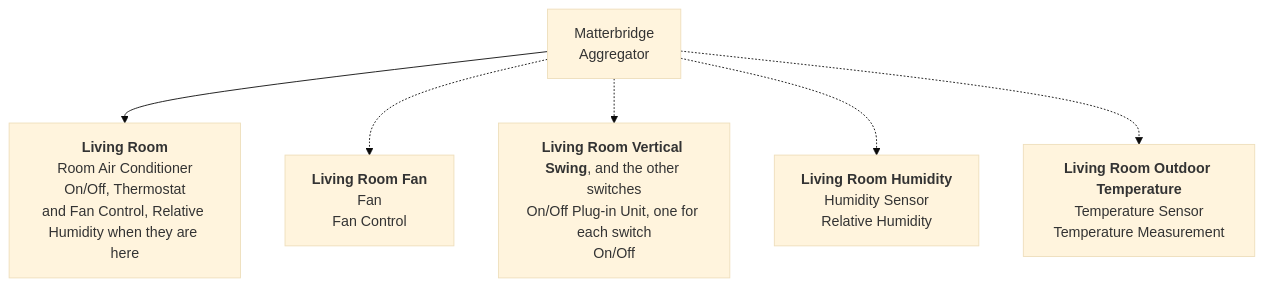
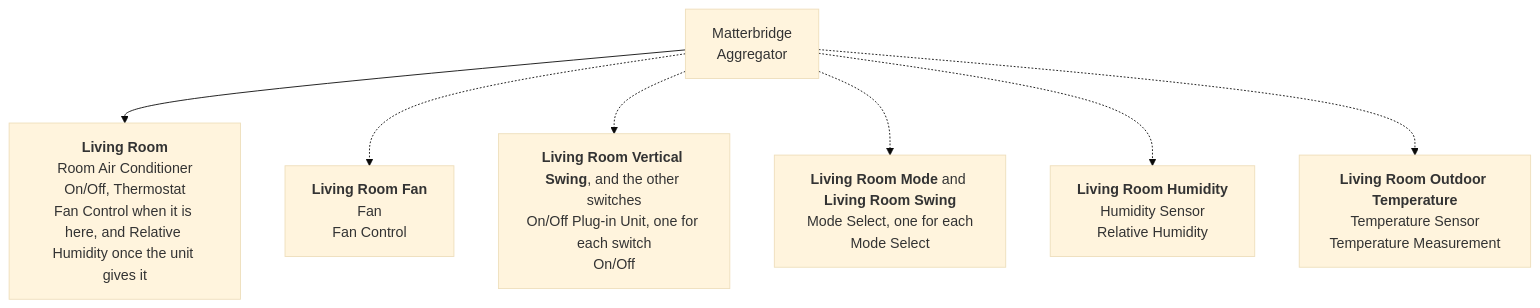
One commit to cheziyi/matterbridge-daikin-local changed the second of 2 diagrams in README.md. Above: the diagram before and after it, drawn with Mermaid (base theme). The commit also changed other lines of this file and 16 other files, not shown here.

First line of the commit message:
Add mode selects for the mode and the swing, and keep the humidity on the air conditioner (#10)

````diff
--- a/README.md
+++ b/README.md
@@ -220,14 +237,16 @@
 ```mermaid
 flowchart TD
     bridge["Matterbridge<br/>Aggregator"]
-    ac["<b>Living Room</b><br/>Room Air Conditioner<br/>On/Off, Thermostat<br/>and Fan Control, Relative Humidity when they are here"]
+    ac["<b>Living Room</b><br/>Room Air Conditioner<br/>On/Off, Thermostat<br/>Fan Control when it is here, and Relative Humidity once the unit gives it"]
     fan["<b>Living Room Fan</b><br/>Fan<br/>Fan Control"]
     switches["<b>Living Room Vertical Swing</b>, and the other switches<br/>On/Off Plug-in Unit, one for each switch<br/>On/Off"]
+    selects["<b>Living Room Mode</b> and <b>Living Room Swing</b><br/>Mode Select, one for each<br/>Mode Select"]
     humidity["<b>Living Room Humidity</b><br/>Humidity Sensor<br/>Relative Humidity"]
     outdoor["<b>Living Room Outdoor Temperature</b><br/>Temperature Sensor<br/>Temperature Measurement"]
     bridge --> ac
     bridge -.-> fan
     bridge -.-> switches
+    bridge -.-> selects
     bridge -.-> humidity
     bridge -.-> outdoor
 ```
````
